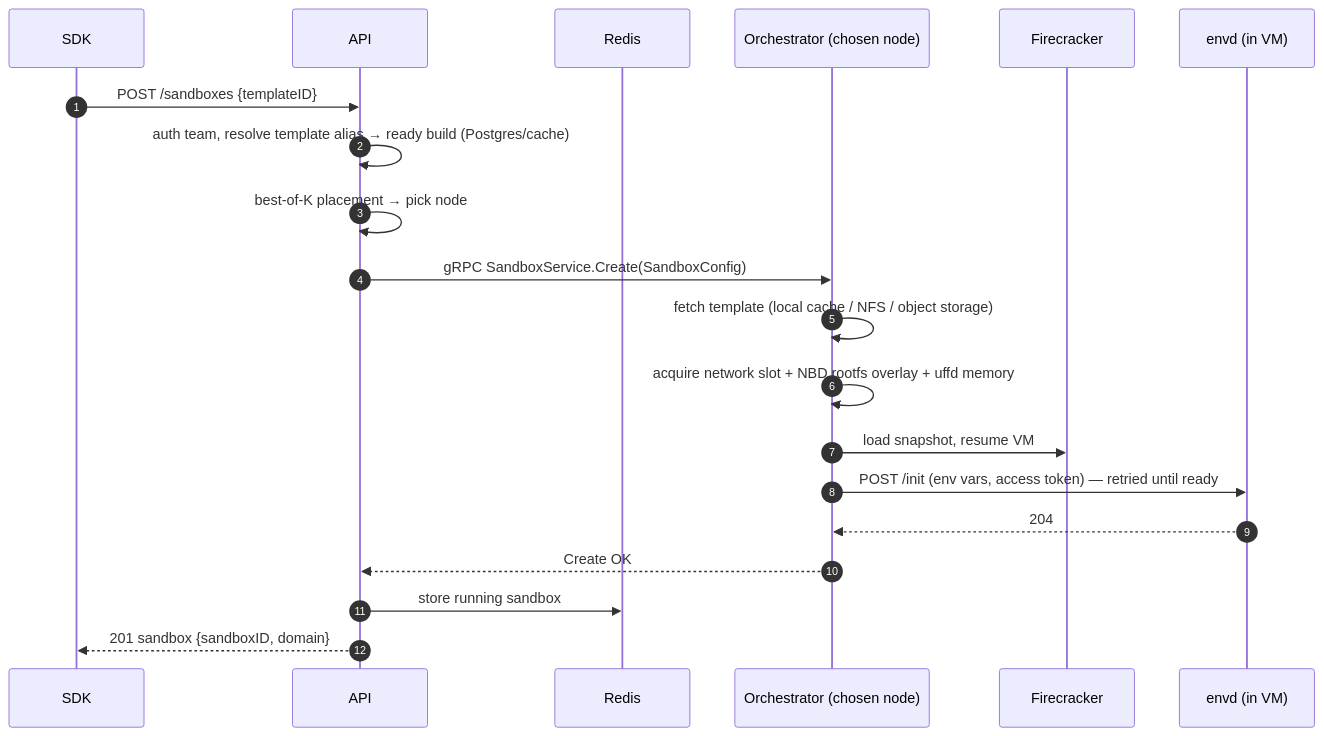
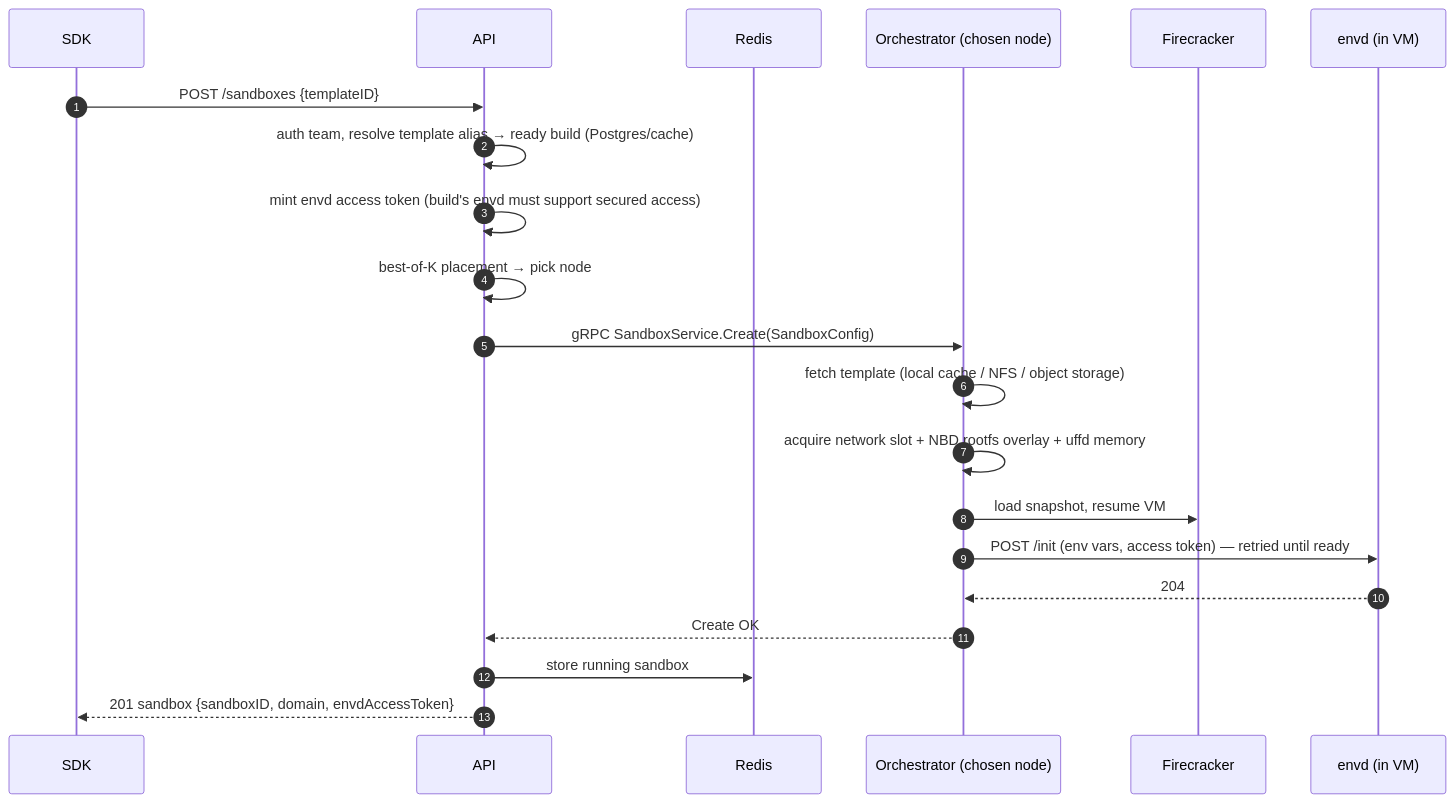
One commit to AdaAibaby/infra changed the second of 6 diagrams in docs/ARCHITECTURE.md. Above: the diagram before and after it, drawn with Mermaid. The commit also changed 26 other files, not shown here.

Commit message:
feat(api): always secure envd access for sandboxes created via POST /sandboxes

````diff
--- a/docs/ARCHITECTURE.md
+++ b/docs/ARCHITECTURE.md
@@ -427,23 +427,24 @@
 ```mermaid
 sequenceDiagram
     autonumber
     participant C as SDK
     participant API as API
     participant R as Redis
     participant O as Orchestrator (chosen node)
     participant FC as Firecracker
     participant E as envd (in VM)
 
     C->>API: POST /sandboxes {templateID}
     API->>API: auth team, resolve template alias → ready build (Postgres/cache)
+    API->>API: mint envd access token (build's envd must support secured access)
     API->>API: best-of-K placement → pick node
     API->>O: gRPC SandboxService.Create(SandboxConfig)
     O->>O: fetch template (local cache / NFS / object storage)
     O->>O: acquire network slot + NBD rootfs overlay + uffd memory
     O->>FC: load snapshot, resume VM
     O->>E: POST /init (env vars, access token) — retried until ready
     E-->>O: 204
     O-->>API: Create OK
     API->>R: store running sandbox
-    API-->>C: 201 sandbox {sandboxID, domain}
+    API-->>C: 201 sandbox {sandboxID, domain, envdAccessToken}
 ```
````
